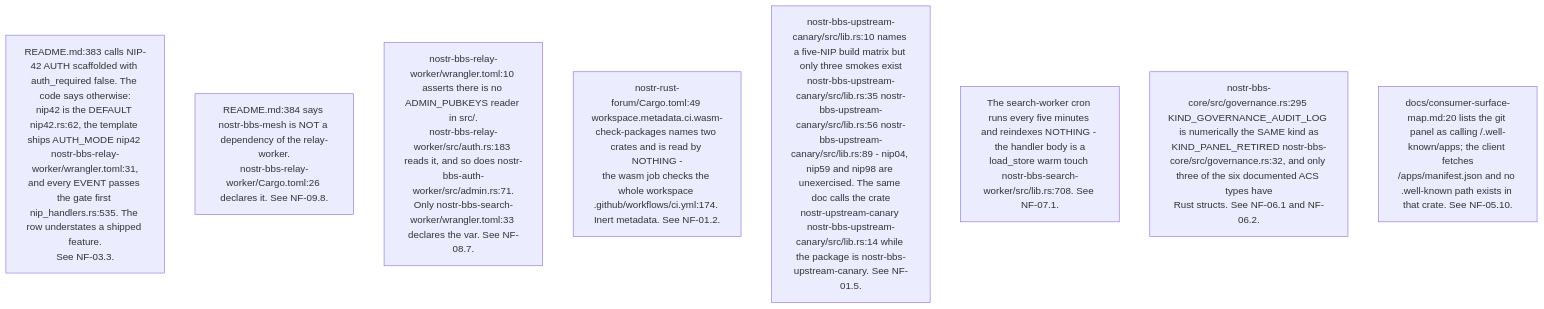
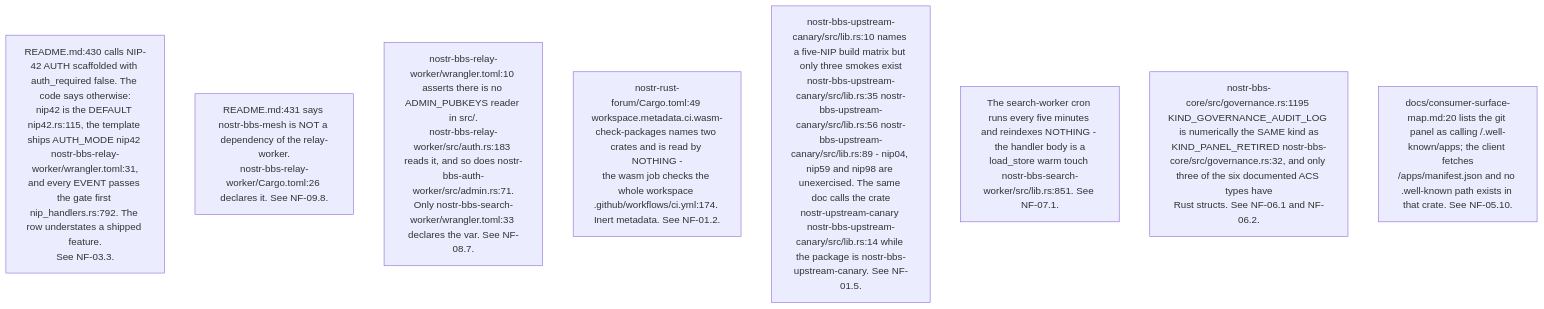
The sixth of 11 diagrams in docs/diagrams/nostr-rust-forum/10-invariants-and-anomaly-register.md (DreamLab-AI/VisionFlow), drawn with Mermaid before and after one commit. The commit also changed other lines of this file and 11 other files, not shown here.

````diff
--- a/docs/diagrams/nostr-rust-forum/10-invariants-and-anomaly-register.md
+++ b/docs/diagrams/nostr-rust-forum/10-invariants-and-anomaly-register.md
@@ -129,11 +131,11 @@
 ```mermaid
 flowchart TB
-    DD1["README.md:383 calls NIP-42 AUTH scaffolded with auth_required false. The code says otherwise:<br/>nip42 is the DEFAULT nip42.rs:62, the template ships AUTH_MODE nip42 nostr-bbs-relay-worker/wrangler.toml:31,<br/>and every EVENT passes the gate first nip_handlers.rs:535. The row understates a shipped feature.<br/>See NF-03.3."]
-    DD2["README.md:384 says nostr-bbs-mesh is NOT a dependency of the relay-worker.<br/>nostr-bbs-relay-worker/Cargo.toml:26 declares it. See NF-09.8."]
+    DD1["README.md:430 calls NIP-42 AUTH scaffolded with auth_required false. The code says otherwise:<br/>nip42 is the DEFAULT nip42.rs:115, the template ships AUTH_MODE nip42 nostr-bbs-relay-worker/wrangler.toml:31,<br/>and every EVENT passes the gate first nip_handlers.rs:792. The row understates a shipped feature.<br/>See NF-03.3."]
+    DD2["README.md:431 says nostr-bbs-mesh is NOT a dependency of the relay-worker.<br/>nostr-bbs-relay-worker/Cargo.toml:26 declares it. See NF-09.8."]
     DD3["nostr-bbs-relay-worker/wrangler.toml:10 asserts there is no ADMIN_PUBKEYS reader in src/.<br/>nostr-bbs-relay-worker/src/auth.rs:183 reads it, and so does nostr-bbs-auth-worker/src/admin.rs:71.<br/>Only nostr-bbs-search-worker/wrangler.toml:33 declares the var. See NF-08.7."]
     DD4["nostr-rust-forum/Cargo.toml:49 workspace.metadata.ci.wasm-check-packages names two crates and is read by NOTHING -<br/>the wasm job checks the whole workspace .github/workflows/ci.yml:174. Inert metadata. See NF-01.2."]
     DD5["nostr-bbs-upstream-canary/src/lib.rs:10 names a five-NIP build matrix but only three smokes exist<br/>nostr-bbs-upstream-canary/src/lib.rs:35 nostr-bbs-upstream-canary/src/lib.rs:56 nostr-bbs-upstream-canary/src/lib.rs:89 - nip04, nip59 and nip98 are unexercised. The same doc calls the crate<br/>nostr-upstream-canary nostr-bbs-upstream-canary/src/lib.rs:14 while the package is nostr-bbs-upstream-canary. See NF-01.5."]
-    DD6["The search-worker cron runs every five minutes and reindexes NOTHING - the handler body is a<br/>load_store warm touch nostr-bbs-search-worker/src/lib.rs:708. See NF-07.1."]
-    DD7["nostr-bbs-core/src/governance.rs:295 KIND_GOVERNANCE_AUDIT_LOG is numerically the SAME kind as<br/>KIND_PANEL_RETIRED nostr-bbs-core/src/governance.rs:32, and only three of the six documented ACS types have<br/>Rust structs. See NF-06.1 and NF-06.2."]
+    DD6["The search-worker cron runs every five minutes and reindexes NOTHING - the handler body is a<br/>load_store warm touch nostr-bbs-search-worker/src/lib.rs:851. See NF-07.1."]
+    DD7["nostr-bbs-core/src/governance.rs:1195 KIND_GOVERNANCE_AUDIT_LOG is numerically the SAME kind as<br/>KIND_PANEL_RETIRED nostr-bbs-core/src/governance.rs:32, and only three of the six documented ACS types have<br/>Rust structs. See NF-06.1 and NF-06.2."]
     DD8["docs/consumer-surface-map.md:20 lists the git panel as calling /.well-known/apps; the client fetches<br/>/apps/manifest.json and no .well-known path exists in that crate. See NF-05.10."]
 ```
````
